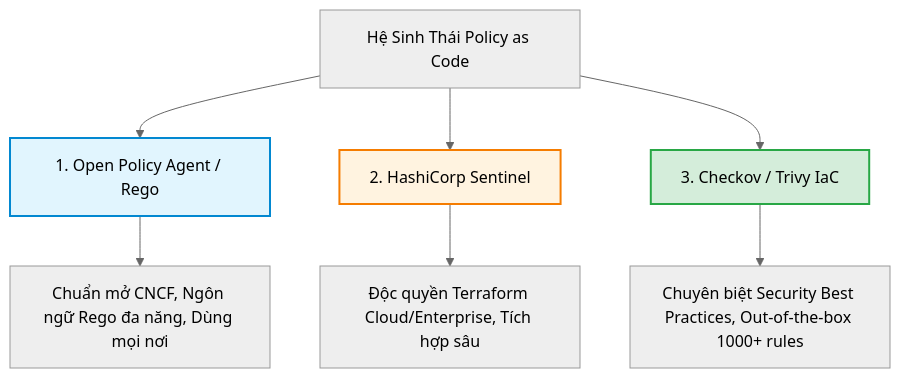
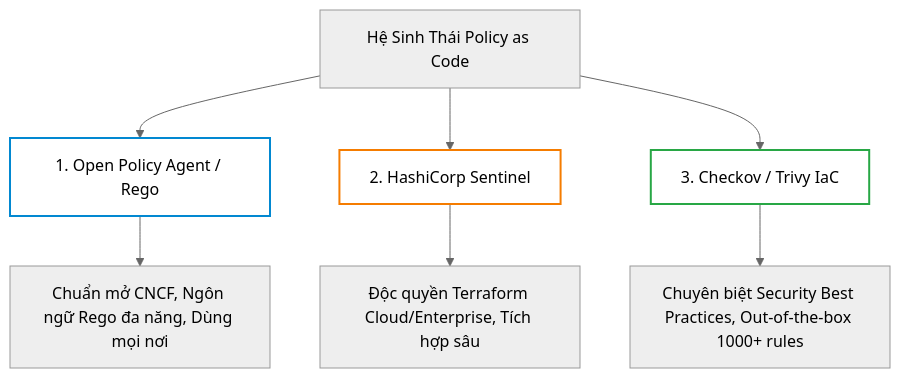
Before and after one commit to kiennt308/ntk: the second of 5 diagrams in _posts/2026-09-13-terraform-22-22-quan-tri-chinh-sach-policy-as-code-opa-rego-conftest-va-checkov.md, drawn with Mermaid (neutral theme). The commit also changed other lines of this file and 207 other files, not shown here.

Commit message:
feat(posts): batch standardize all 208 posts with TL;DR, qa-card accordion, fill:none mermaid, and liquid raw wrappers

````diff
--- a/_posts/2026-09-13-terraform-22-22-quan-tri-chinh-sach-policy-as-code-opa-rego-conftest-va-checkov.md
+++ b/_posts/2026-09-13-terraform-22-22-quan-tri-chinh-sach-policy-as-code-opa-rego-conftest-va-checkov.md
@@ -65,16 +69,16 @@
 ```mermaid
 graph TD
     PAC["Hệ Sinh Thái Policy as Code"] --> OPA["1. Open Policy Agent / Rego"]
     PAC --> SEN["2. HashiCorp Sentinel"]
     PAC --> CHK["3. Checkov / Trivy IaC"]
 
     OPA --> OPA_DESC["Chuẩn mở CNCF, Ngôn ngữ Rego đa năng, Dùng mọi nơi"]
     SEN --> SEN_DESC["Độc quyền Terraform Cloud/Enterprise, Tích hợp sâu"]
     CHK --> CHK_DESC["Chuyên biệt Security Best Practices, Out-of-the-box 1000+ rules"]
 
-    style OPA fill:#e1f5fe,stroke:#0288d1,stroke-width:2px
-    style SEN fill:#fff3e0,stroke:#f57c00,stroke-width:2px
-    style CHK fill:#d4edda,stroke:#28a745,stroke-width:2px
+    style OPA fill:none,stroke:#0288d1,stroke-width:2px
+    style SEN fill:none,stroke:#f57c00,stroke-width:2px
+    style CHK fill:none,stroke:#28a745,stroke-width:2px
 
 
 ```
````
